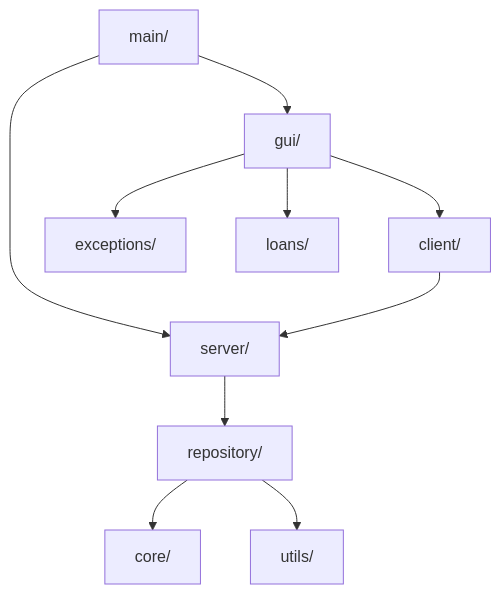
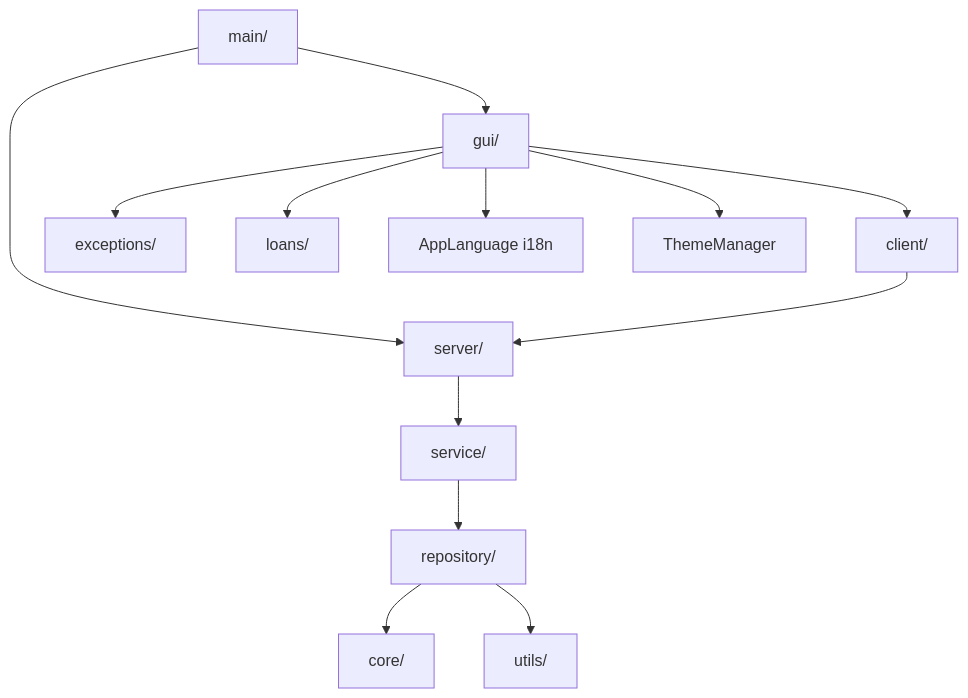
One commit to Divyansh-Kashiv07/SecureBank changed the third of 3 diagrams in README.md. Above: the diagram before and after it, drawn with Mermaid. The commit also changed other lines of this file and 1 other file, not shown here.

First line of the commit message:
docs: update README with new features + add knowledge graph screenshot

````diff
--- a/README.md
+++ b/README.md
@@ -409,15 +469,18 @@
 ```mermaid
 graph TD
     Main[main/] --> GUI[gui/]
     Main --> Server[server/]
     
     GUI --> Client[client/]
     Client --> Server
     
-    Server --> Repo[repository/]
+    Server --> Service[service/]
+    Service --> Repo[repository/]
     Repo --> Core[core/]
     Repo --> Utils[utils/]
     
     GUI --> Exceptions[exceptions/]
     GUI --> Loans[loans/]
+    GUI --> AppLanguage[AppLanguage i18n]
+    GUI --> ThemeManager[ThemeManager]
 ```
````
